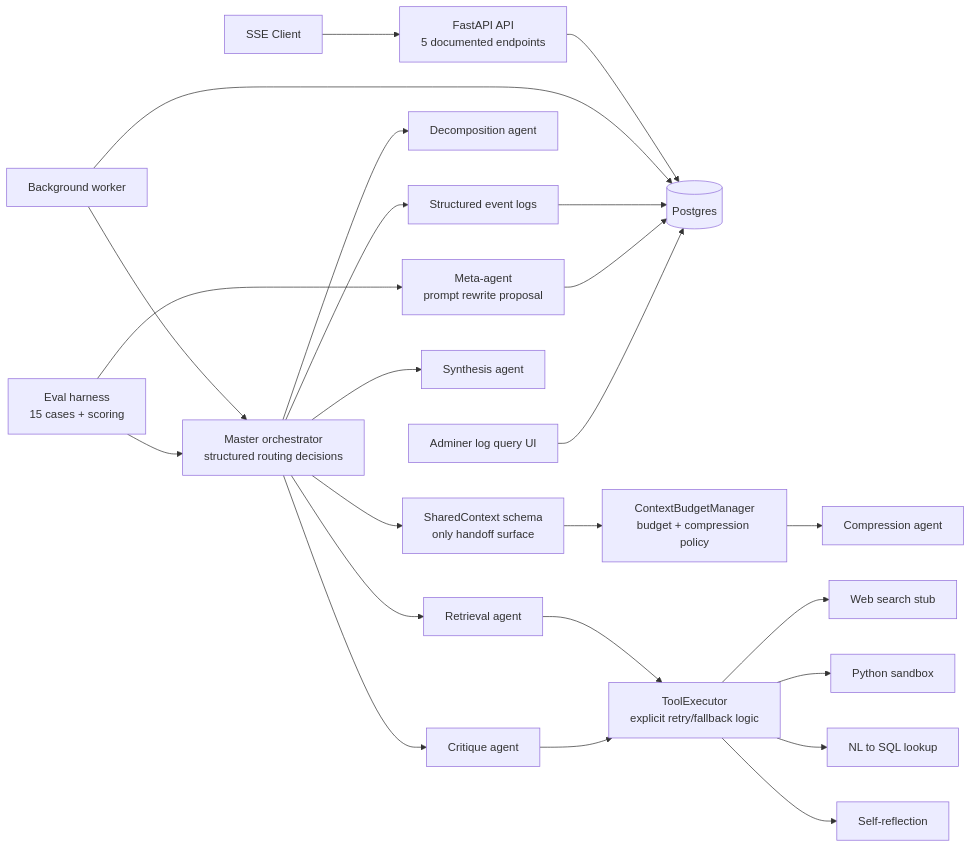
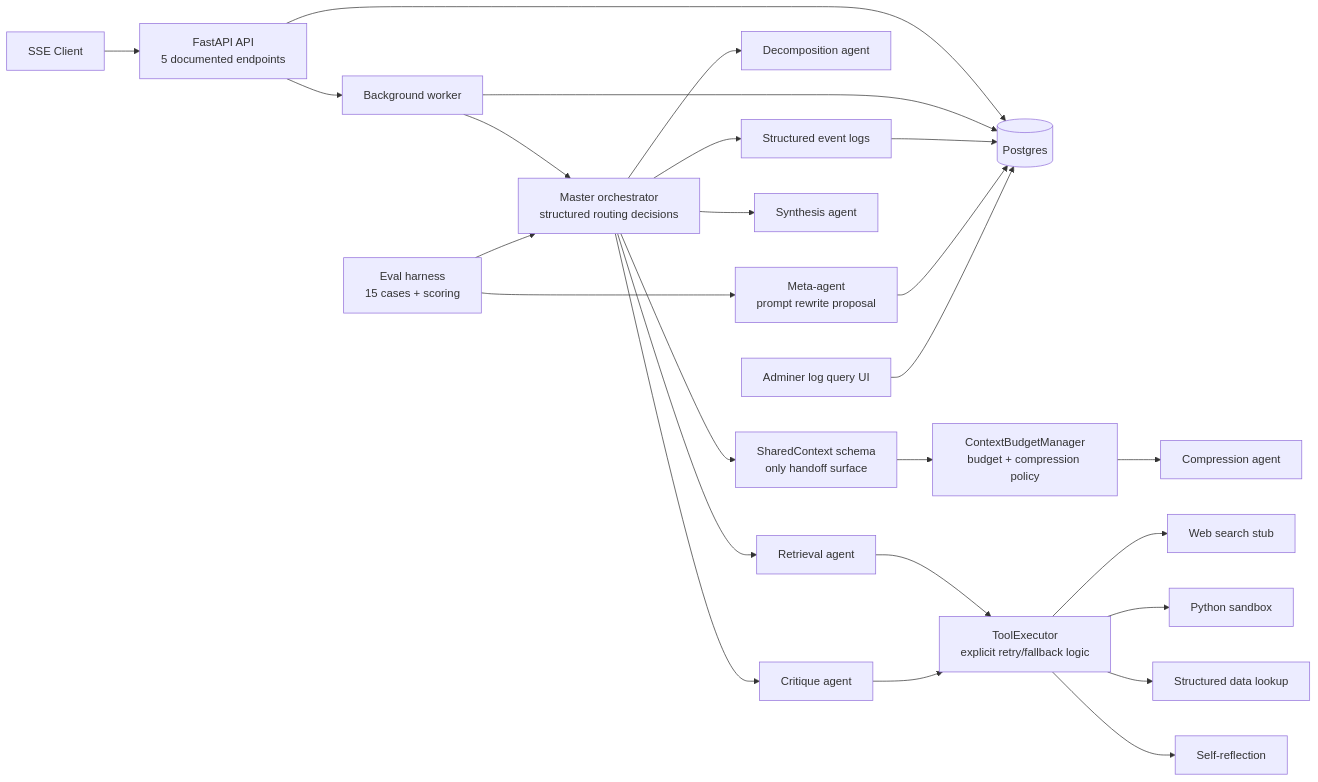
The diagram in docs/architecture.md (malik2808/llm-multi-agent-system), drawn with Mermaid before and after one commit.

Commit message:
docs: improve architecture documentation and system flow

````diff
--- a/docs/architecture.md
+++ b/docs/architecture.md
@@ -3,26 +3,43 @@
 ```mermaid
 flowchart LR
-  Client["SSE Client"] --> API["FastAPI API\n5 documented endpoints"]
+
+  Client["SSE Client"]
+    --> API["FastAPI API\n5 documented endpoints"]
+
   API --> DB[(Postgres)]
-  Worker["Background worker"] --> DB
+  API --> Worker["Background worker"]
+
+  Worker --> DB
   Worker --> Orchestrator["Master orchestrator\nstructured routing decisions"]
+
   Orchestrator --> Context["SharedContext schema\nonly handoff surface"]
+
   Context --> Budget["ContextBudgetManager\nbudget + compression policy"]
   Budget --> Compression["Compression agent"]
+
   Orchestrator --> Decomp["Decomposition agent"]
   Orchestrator --> Retrieval["Retrieval agent"]
   Orchestrator --> Critique["Critique agent"]
   Orchestrator --> Synthesis["Synthesis agent"]
+
   Retrieval --> Tools["ToolExecutor\nexplicit retry/fallback logic"]
   Critique --> Tools
+
   Tools --> Web["Web search stub"]
   Tools --> Code["Python sandbox"]
-  Tools --> SQL["NL to SQL lookup"]
+  Tools --> SQL["Structured data lookup"]
   Tools --> Reflect["Self-reflection"]
+
   Orchestrator --> Logs["Structured event logs"]
   Logs --> DB
-  Eval["Eval harness\n15 cases + scoring"] --> Orchestrator
+
+  Eval["Eval harness\n15 cases + scoring"]
+    --> Orchestrator
+
   Eval --> Meta["Meta-agent\nprompt rewrite proposal"]
+
   Meta --> DB
-  LogsUI["Adminer log query UI"] --> DB
+
+  LogsUI["Adminer log query UI"]
+    --> DB
 ```
````
